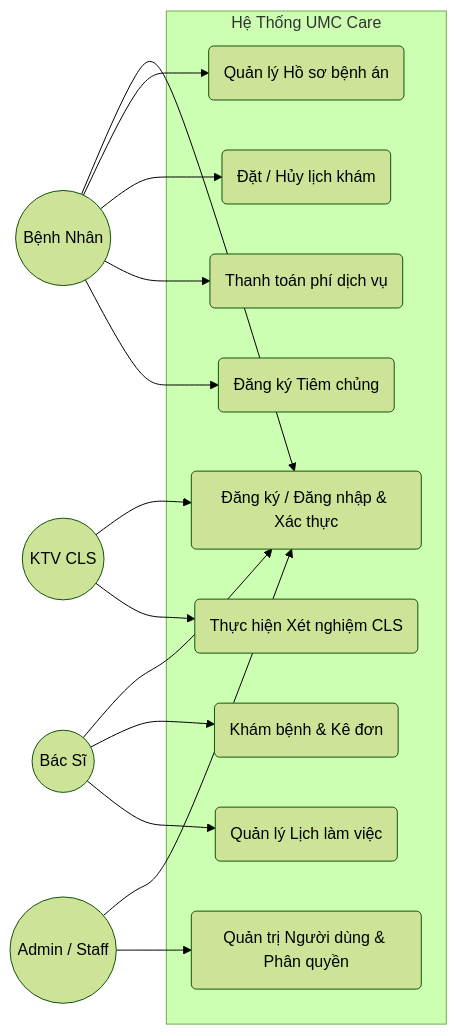
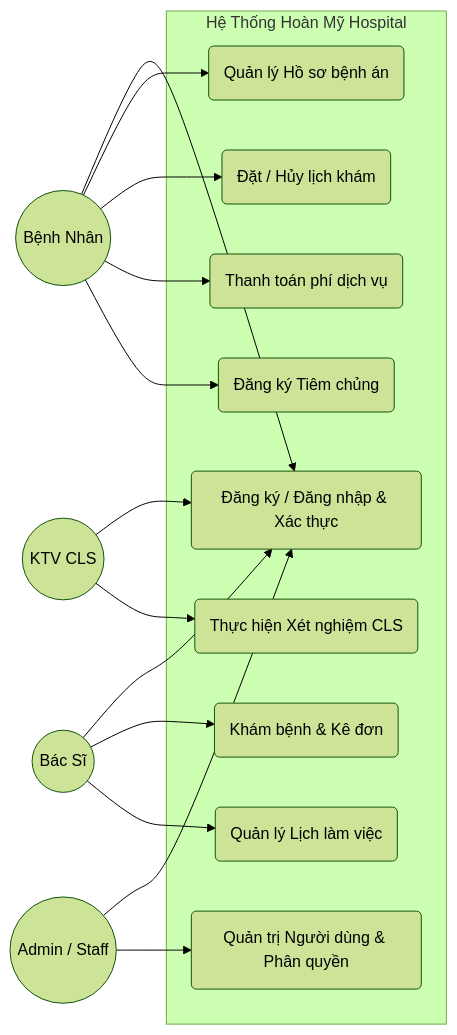
The first of 10 diagrams in BE_FLOW_DOCUMENTATION.md (2imBenne/markdown1906), drawn with Mermaid (forest theme) before and after one commit. The commit also changed other lines of this file, not shown here.

````diff
--- a/BE_FLOW_DOCUMENTATION.md
+++ b/BE_FLOW_DOCUMENTATION.md
@@ -13,38 +13,38 @@
 ```mermaid
 flowchart LR
     %% Định nghĩa Actors
     User((Bệnh Nhân))
     Doctor((Bác Sĩ))
     Lab((KTV CLS))
     Admin((Admin / Staff))
 
     %% Định nghĩa Use Cases
-    subgraph Hệ Thống UMC Care
+    subgraph Hệ Thống Hoàn Mỹ Hospital
         UC1(Đăng ký / Đăng nhập & Xác thực)
         UC2(Quản lý Hồ sơ bệnh án)
         UC3(Đặt / Hủy lịch khám)
         UC4(Thanh toán phí dịch vụ)
         UC5(Khám bệnh & Kê đơn)
         UC6(Thực hiện Xét nghiệm CLS)
         UC7(Đăng ký Tiêm chủng)
         UC8(Quản lý Lịch làm việc)
         UC9(Quản trị Người dùng & Phân quyền)
     end
 
     %% Ràng buộc
     User --> UC1
     User --> UC2
     User --> UC3
     User --> UC4
     User --> UC7
 
     Doctor --> UC1
     Doctor --> UC5
     Doctor --> UC8
 
     Lab --> UC1
     Lab --> UC6
 
     Admin --> UC1
     Admin --> UC9
 ```
````
